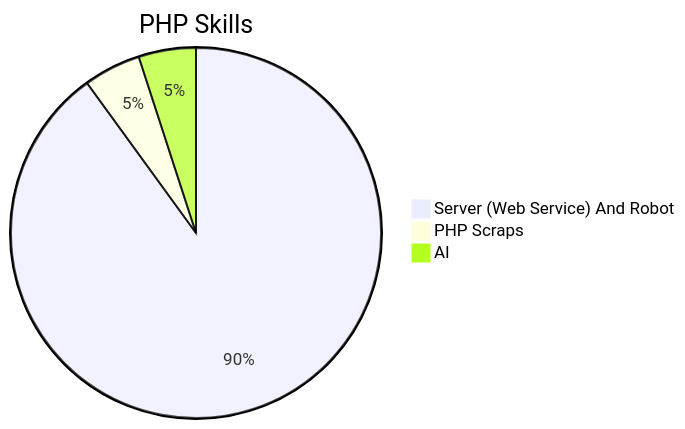
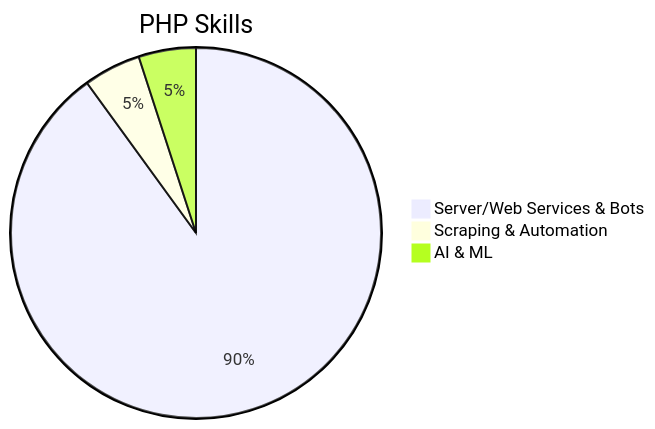
One commit to Mahdy-Ahmadi/Mahdy-Ahmadi changed the second of 2 diagrams in README.md. Above: the diagram before and after it, drawn with Mermaid. The commit also changed other lines of this file, not shown here.

````diff
--- a/README.md
+++ b/README.md
@@ -28,7 +42,7 @@
 ```mermaid
 pie
-    title PHP Skills
-    "Server (Web Service) And Robot": 90
-    "PHP Scraps": 5
-    "AI": 5
+title PHP Skills
+"Server/Web Services & Bots": 90
+"Scraping & Automation": 5
+"AI & ML": 5
 ```
````
